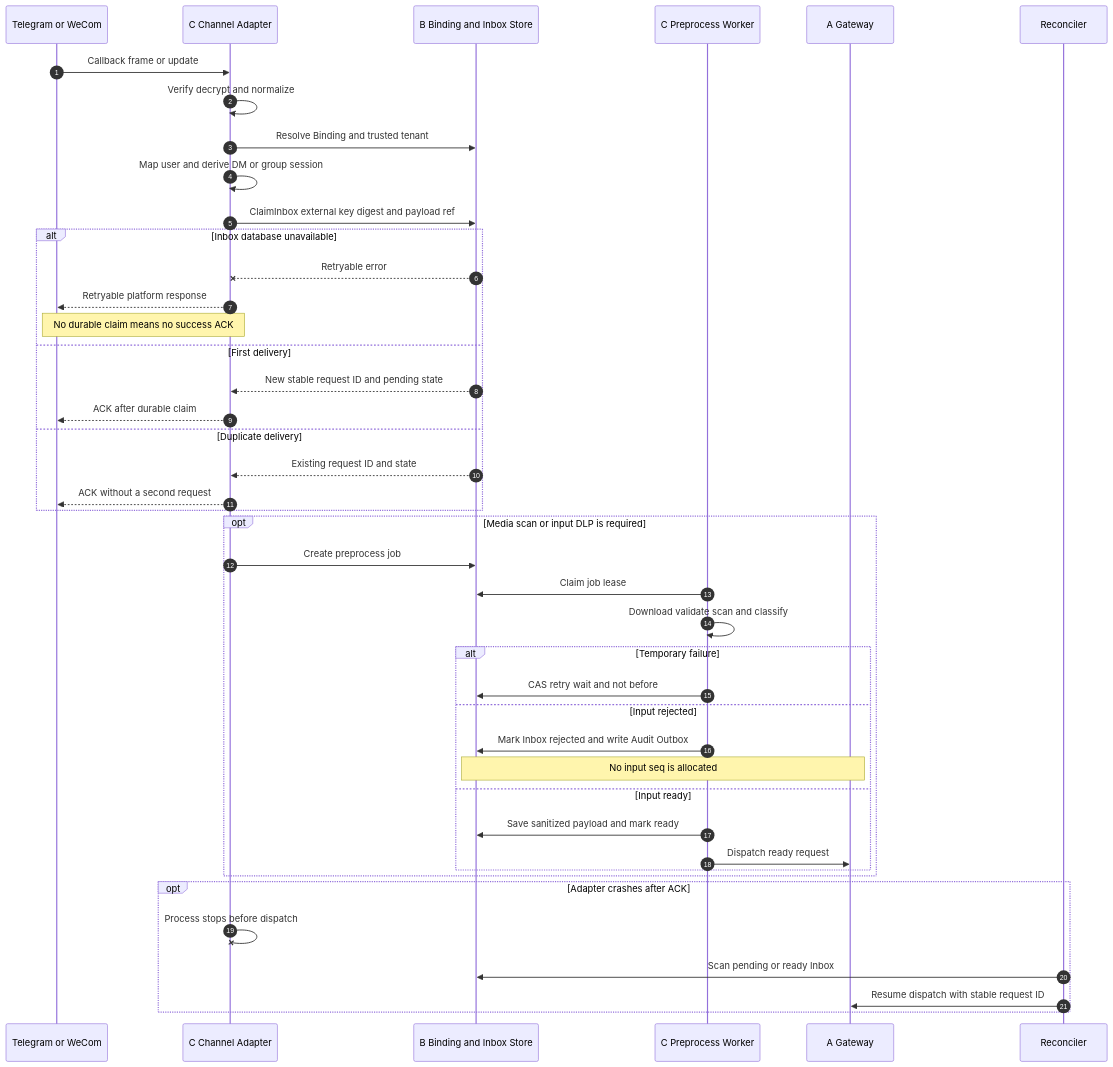
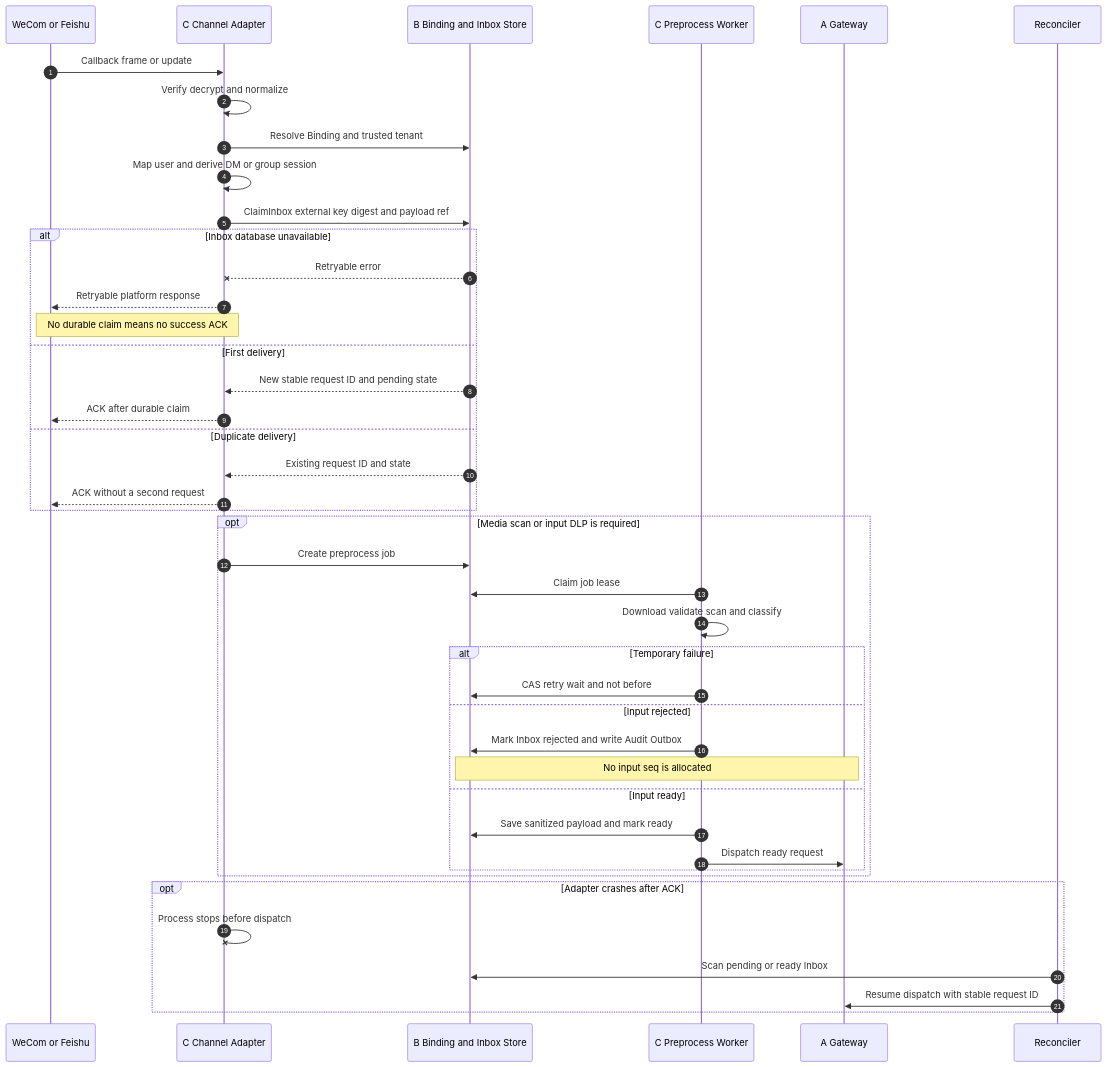
Before and after one commit to everfid-ever/trpc-agent-service: the third of 8 diagrams in docs/design/0.architecture.md, drawn with Mermaid. The commit also changed other lines of this file and 8 other files, not shown here.

````diff
--- a/docs/design/0.architecture.md
+++ b/docs/design/0.architecture.md
@@ -389,46 +389,46 @@
 ```mermaid
 sequenceDiagram
   autonumber
-  participant IM as Telegram or WeCom
+  participant IM as WeCom or Feishu
   participant C as C Channel Adapter
   participant B as B Binding and Inbox Store
   participant P as C Preprocess Worker
   participant G as A Gateway
   participant RC as Reconciler
 
   IM->>C: Callback frame or update
   C->>C: Verify decrypt and normalize
   C->>B: Resolve Binding and trusted tenant
   C->>C: Map user and derive DM or group session
   C->>B: ClaimInbox external key digest and payload ref
   alt Inbox database unavailable
     B--xC: Retryable error
     C-->>IM: Retryable platform response
     Note over C,IM: No durable claim means no success ACK
   else First delivery
     B-->>C: New stable request ID and pending state
     C-->>IM: ACK after durable claim
   else Duplicate delivery
     B-->>C: Existing request ID and state
     C-->>IM: ACK without a second request
   end
   opt Media scan or input DLP is required
     C->>B: Create preprocess job
     P->>B: Claim job lease
     P->>P: Download validate scan and classify
     alt Temporary failure
       P->>B: CAS retry wait and not before
     else Input rejected
       P->>B: Mark Inbox rejected and write Audit Outbox
       Note over B,G: No input seq is allocated
     else Input ready
       P->>B: Save sanitized payload and mark ready
       P->>G: Dispatch ready request
     end
   end
   opt Adapter crashes after ACK
     C-xC: Process stops before dispatch
     RC->>B: Scan pending or ready Inbox
     RC->>G: Resume dispatch with stable request ID
   end
 ```
````
